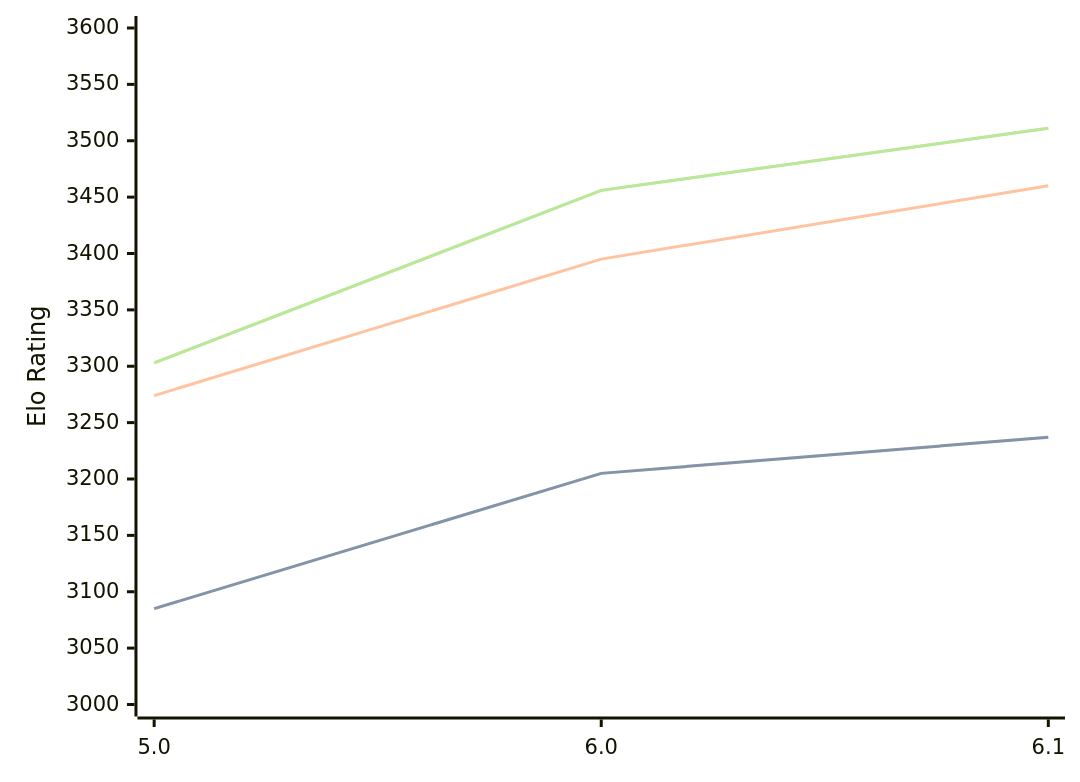
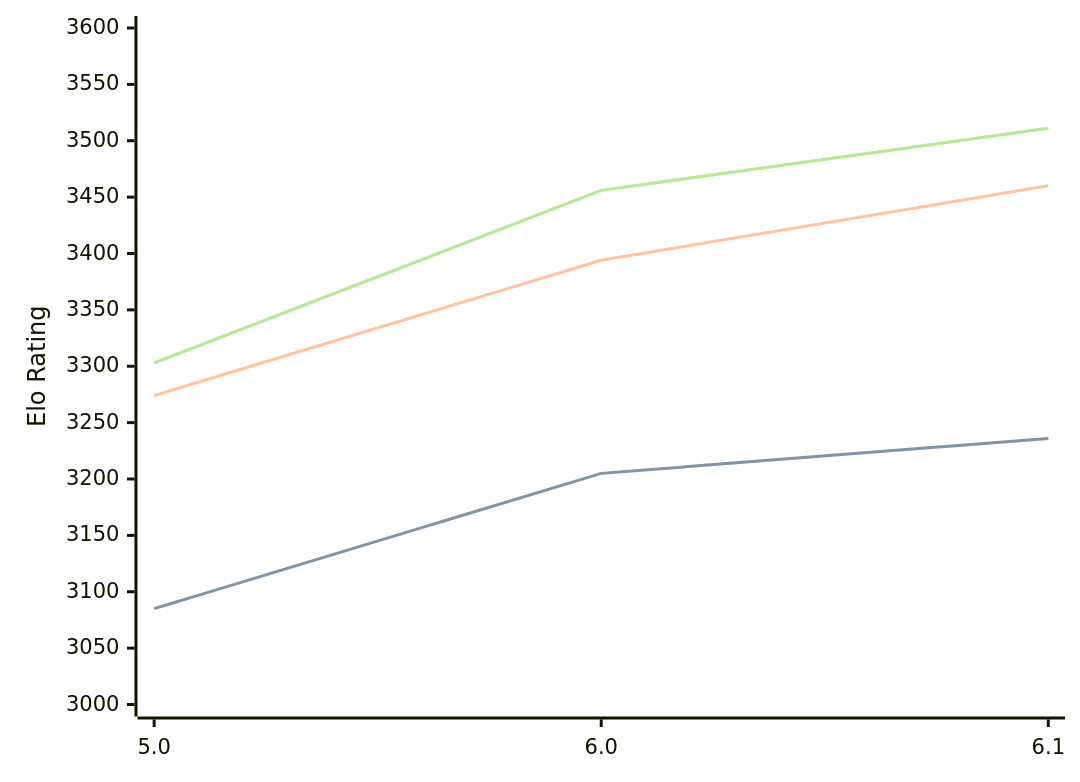
Before and after one commit to computer-chess-index/cci: the diagram in engines/PZChessBot.md, drawn with Mermaid. The commit also changed other lines of this file, not shown here.

Commit message:
Update CCI Ratings (ELO VLTC) - 2026-03-17

````diff
--- a/engines/PZChessBot.md
+++ b/engines/PZChessBot.md
@@ -40,11 +40,11 @@
 ```mermaid
 %%{init: {"theme":"base","themeVariables":{"seriesColors:['#a3a3a3','#222221','#faa371']}}}%%
 xychart-beta
   x-axis ["5.0", "6.0", "6.1"]
   y-axis "Elo Rating" 3000 --> 3600
-  line "STC (8.0+0.08s)" [3085, 3205, 3237]
-  line "STC (8.0+0.08s)" [3085, 3205, 3237]
-  line "LTC (60.0+0.60s)" [3274, 3395, 3460]
+  line "STC (8.0+0.08s)" [3085, 3205, 3236]
+  line "STC (8.0+0.08s)" [3085, 3205, 3236]
+  line "LTC (60.0+0.60s)" [3274, 3394, 3460]
   line "VLTC (2m24s+1.12s)" [3303, 3456, 3511]
   line "VLTC (2m24s+1.12s)" [3303, 3456, 3511]
 ```
````
